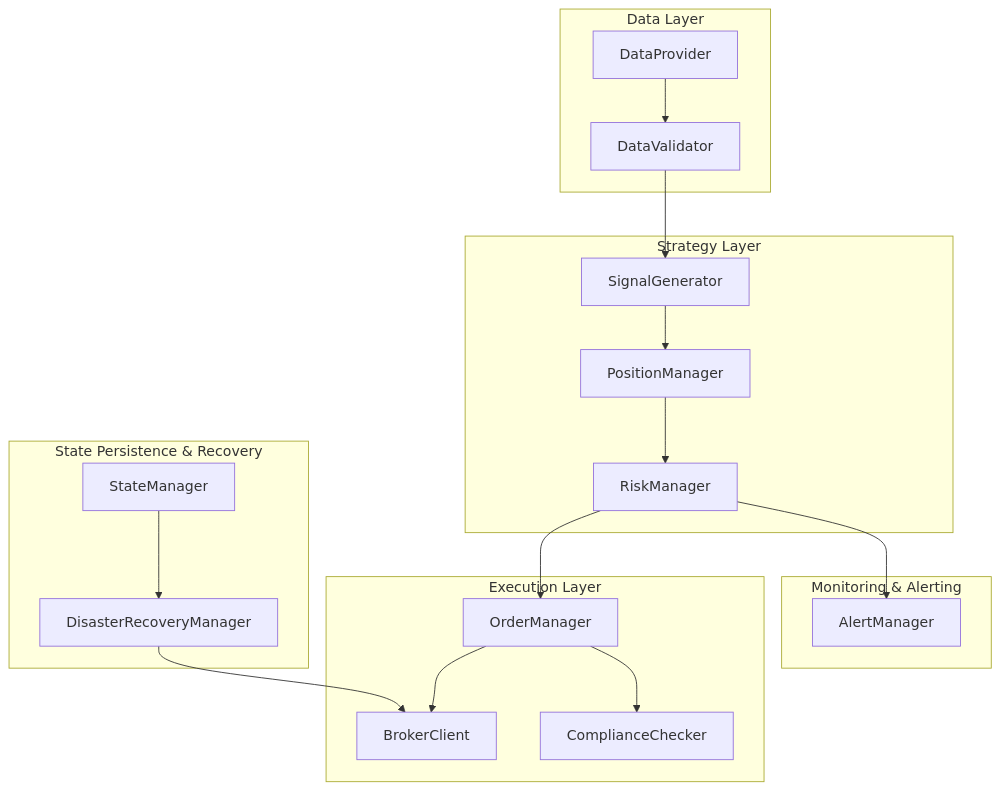
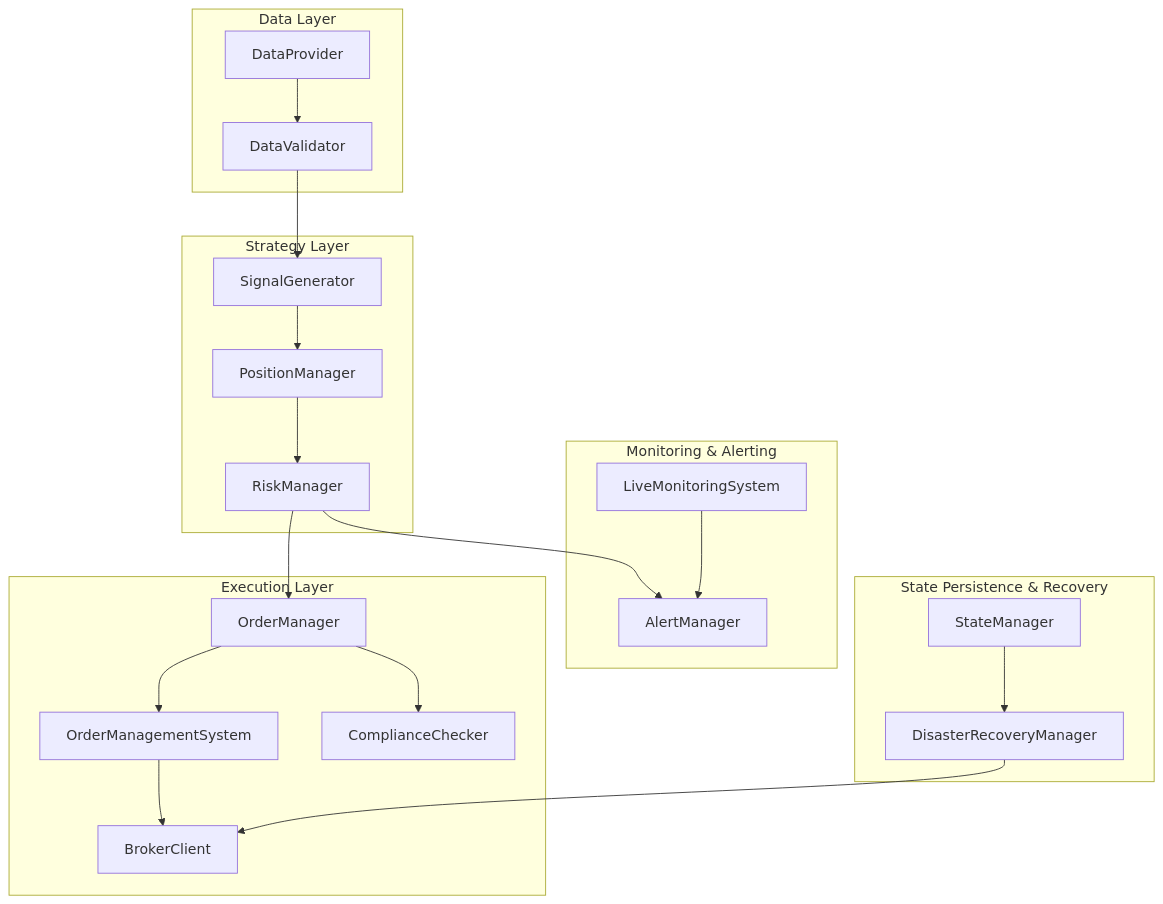
One commit to guofeng201507/shark-quant-trader changed the second of 4 diagrams in .qoder/repowiki/en/content/API Reference/Error Handling and Exception Management.md. Above: the diagram before and after it, drawn with Mermaid. The commit also changed other lines of this file and 14 other files, not shown here.

````diff
--- a/.qoder/repowiki/en/content/API Reference/Error Handling and Exception Management.md
+++ b/.qoder/repowiki/en/content/API Reference/Error Handling and Exception Management.md
@@ -65,34 +99,38 @@
 ```mermaid
 graph TB
 subgraph "Data Layer"
 DP["DataProvider"]
 DV["DataValidator"]
 end
 subgraph "Strategy Layer"
 SG["SignalGenerator"]
 PM["PositionManager"]
 RM["RiskManager"]
 end
 subgraph "Execution Layer"
 OM["OrderManager"]
+OMS["OrderManagementSystem"]
 BC["BrokerClient"]
 CE["ComplianceChecker"]
 end
 subgraph "Monitoring & Alerting"
 AM["AlertManager"]
+LMS["LiveMonitoringSystem"]
 end
 subgraph "State Persistence & Recovery"
 SM["StateManager"]
 DRM["DisasterRecoveryManager"]
 end
 DP --> DV
 DV --> SG
 SG --> PM
 PM --> RM
 RM --> OM
-OM --> BC
+OM --> OMS
+OMS --> BC
 OM --> CE
 RM --> AM
+LMS --> AM
 SM --> DRM
 DRM --> BC
 ```
````
